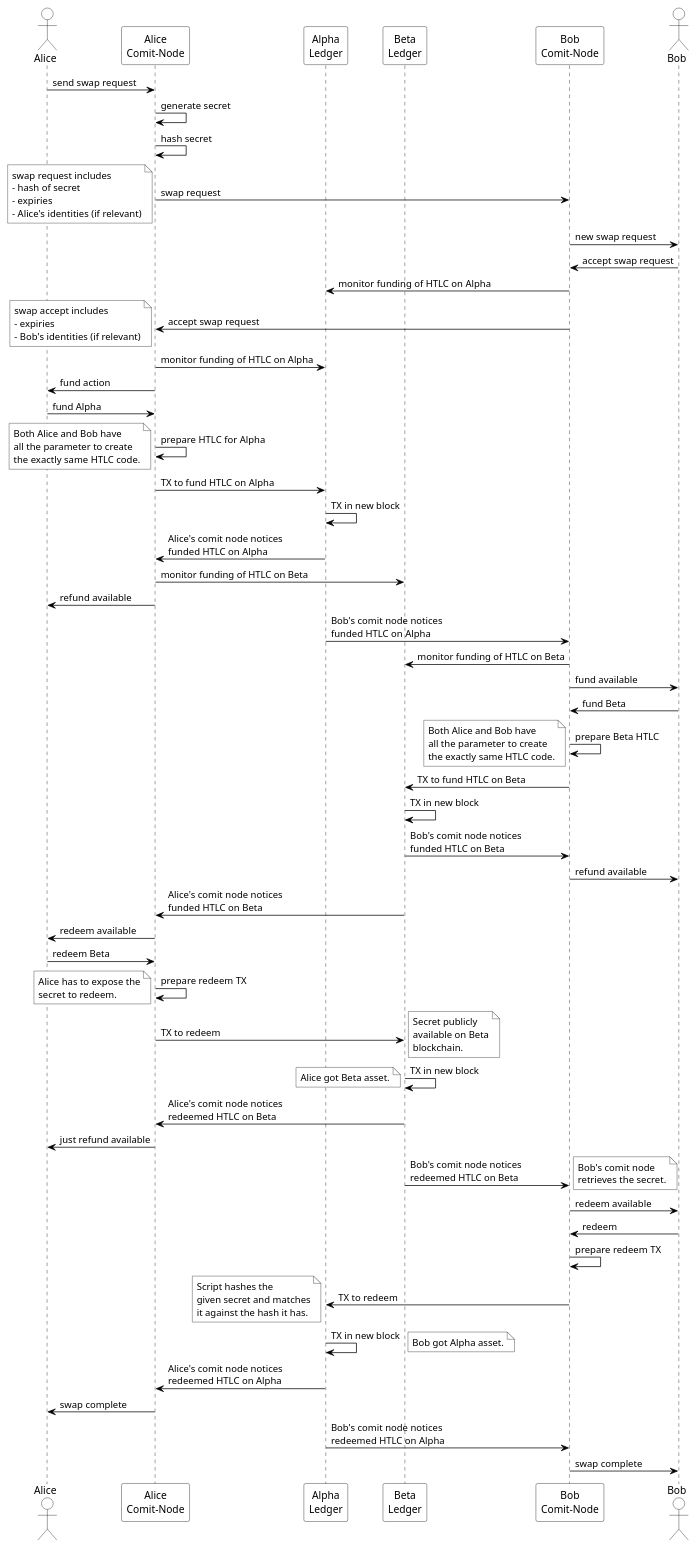
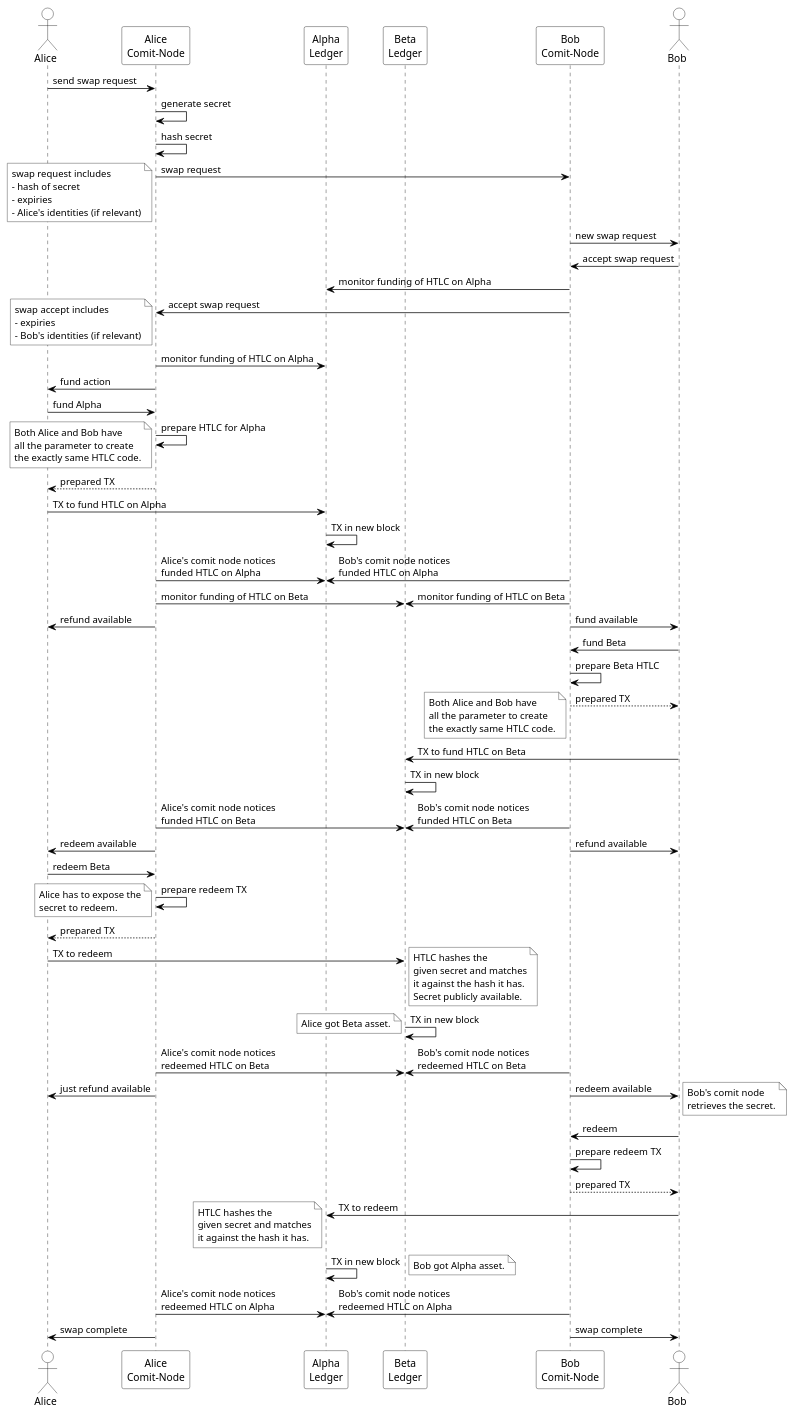
Before and after one commit to comit-network/RFCs: the diagram in assets/RFC003-AlphaBeta-AtomicSwap.puml, drawn with PlantUML.

Commit message:
enhance diagram with details
* add parallelism for the ledger-based notifications
* turn around arrow of comit node noticing stuff on chain
* change all ledger actions to manual actions by the users

```diff
--- a/assets/RFC003-AlphaBeta-AtomicSwap.puml
+++ b/assets/RFC003-AlphaBeta-AtomicSwap.puml
@@ -4,123 +4,130 @@
 @startuml
 ' #################################################
 ' SETTINGS: color settings of diagram
 ' #################################################
 skinparam sequence {
 	BorderColor black
 	ArrowColor black
 	ActorBorderColor black
 	LifeLineBorderColor black
 	LifeLineBackgroundColor white
 	
 	ParticipantBorderColor black
 	ParticipantBackgroundColor white
 	ParticipantFontColor black
 	
 	ActorBackgroundColor white
 	ActorFontColor black
 }
 ' #################################################
 ' ACTORS
 ' #################################################
 actor Alice
 participant "Alice\nComit-Node" as AC
 participant "Alpha\nLedger" as Alpha
 participant "Beta\nLedger" as Beta
 participant "Bob\nComit-Node" as BC
 actor Bob
 
+' allow parallelism
+!pragma teoz true
 
 ' #################################################
 ' DIAGRAM
 ' #################################################
 Alice->AC: send swap request
 AC->AC: generate secret
 AC->AC: hash secret
 AC->BC: swap request 
 note left #white
 	swap request includes 
 	- hash of secret 
 	- expiries
 	- Alice's identities (if relevant)
 end note
 BC->Bob: new swap request
 Bob->BC: accept swap request
 BC->Alpha: monitor funding of HTLC on Alpha
 BC->AC: accept swap request
 note left #white
 	swap accept includes 
 	- expiries
 	- Bob's identities (if relevant)
 end note
 AC->Alpha: monitor funding of HTLC on Alpha
 AC->Alice: fund action
 Alice->AC: fund Alpha
 AC->AC: prepare HTLC for Alpha
 note left #white
 	Both Alice and Bob have
 	all the parameter to create
 	the exactly same HTLC code.
 end note
-AC->Alpha: TX to fund HTLC on Alpha
+AC-->Alice: prepared TX
+Alice->Alpha: TX to fund HTLC on Alpha
 Alpha->Alpha: TX in new block
-Alpha->AC: Alice's comit node notices\nfunded HTLC on Alpha
+AC->Alpha: Alice's comit node notices\nfunded HTLC on Alpha
+& BC->Alpha: Bob's comit node notices\nfunded HTLC on Alpha
 AC->Beta: monitor funding of HTLC on Beta
+& BC->Beta: monitor funding of HTLC on Beta
 AC->Alice: refund available
-Alpha->BC: Bob's comit node notices\nfunded HTLC on Alpha
-BC->Beta: monitor funding of HTLC on Beta
-BC->Bob: fund available
+& BC->Bob: fund available
 Bob->BC: fund Beta
 BC->BC: prepare Beta HTLC
+BC-->Bob: prepared TX
 note left #white
 	Both Alice and Bob have
 	all the parameter to create
 	the exactly same HTLC code.
 end note
-BC->Beta: TX to fund HTLC on Beta
+Bob->Beta: TX to fund HTLC on Beta
 Beta->Beta: TX in new block
-Beta->BC: Bob's comit node notices\nfunded HTLC on Beta
+BC->Beta: Bob's comit node notices\nfunded HTLC on Beta
+& AC->Beta: Alice's comit node notices\nfunded HTLC on Beta
 BC->Bob: refund available
-Beta->AC: Alice's comit node notices\nfunded HTLC on Beta
-AC->Alice: redeem available
+& AC->Alice: redeem available
 Alice->AC: redeem Beta
 AC->AC: prepare redeem TX
 note left #white
 	Alice has to expose the
 	secret to redeem.
 end note
-AC->Beta: TX to redeem
+AC-->Alice: prepared TX
+Alice->Beta: TX to redeem
 note right #white
-	Secret publicly
-	available on Beta
-	blockchain.
+	HTLC hashes the
+	given secret and matches
+	it against the hash it has.
+	Secret publicly available.
 end note
 Beta->Beta: TX in new block
 note left #white
 	Alice got Beta asset.
 end note
-Beta->AC: Alice's comit node notices\nredeemed HTLC on Beta
+AC->Beta: Alice's comit node notices\nredeemed HTLC on Beta
+& BC->Beta: Bob's comit node notices\nredeemed HTLC on Beta
 AC->Alice: just refund available
-Beta->BC: Bob's comit node notices\nredeemed HTLC on Beta
+& BC->Bob: redeem available
 note right #white
 	Bob's comit node
 	retrieves the secret.
 end note
-BC->Bob: redeem available
 Bob->BC: redeem
 BC->BC: prepare redeem TX
-BC->Alpha: TX to redeem
+BC-->Bob: prepared TX
+Bob->Alpha: TX to redeem
 note left #white
-	Script hashes the 
+	HTLC hashes the
 	given secret and matches
 	it against the hash it has.
 end note
 Alpha->Alpha: TX in new block
 note right #white
 	Bob got Alpha asset.
 end note
-Alpha->AC: Alice's comit node notices\nredeemed HTLC on Alpha
+AC->Alpha: Alice's comit node notices\nredeemed HTLC on Alpha
+& BC->Alpha: Bob's comit node notices\nredeemed HTLC on Alpha
 AC->Alice: swap complete
-Alpha->BC: Bob's comit node notices\nredeemed HTLC on Alpha
-BC->Bob: swap complete
+& BC->Bob: swap complete
 
 @enduml
```
